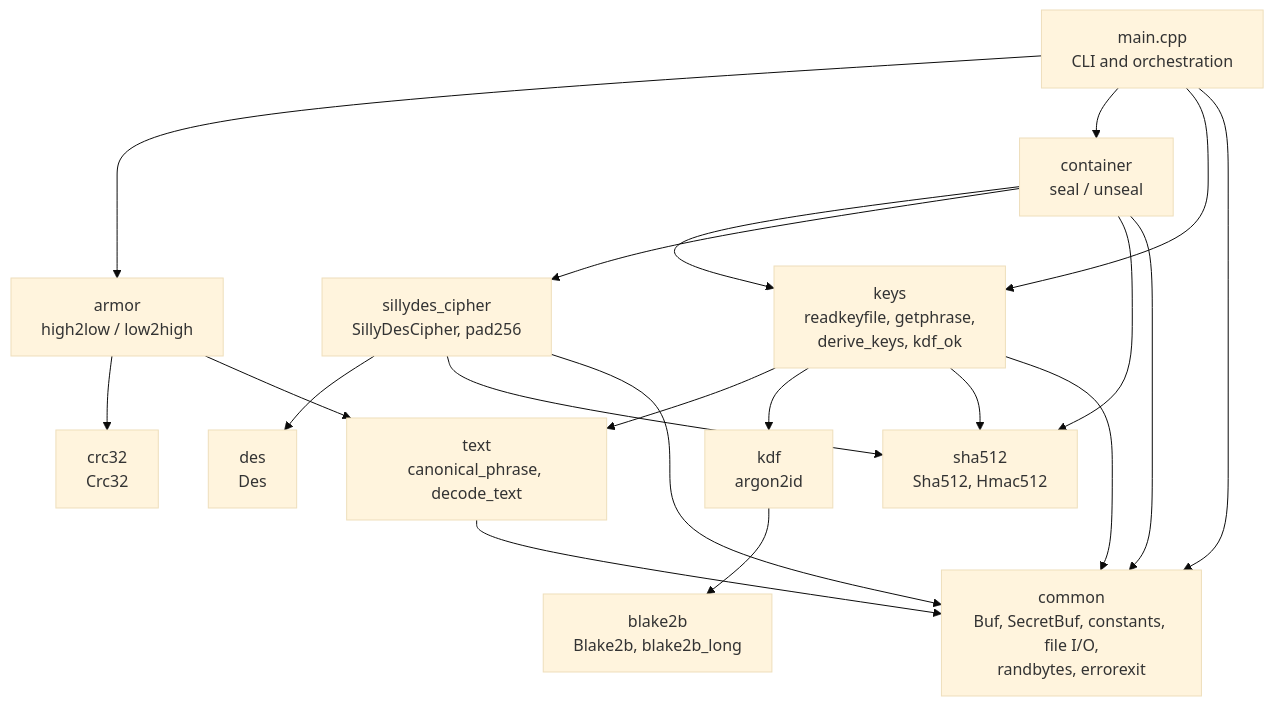
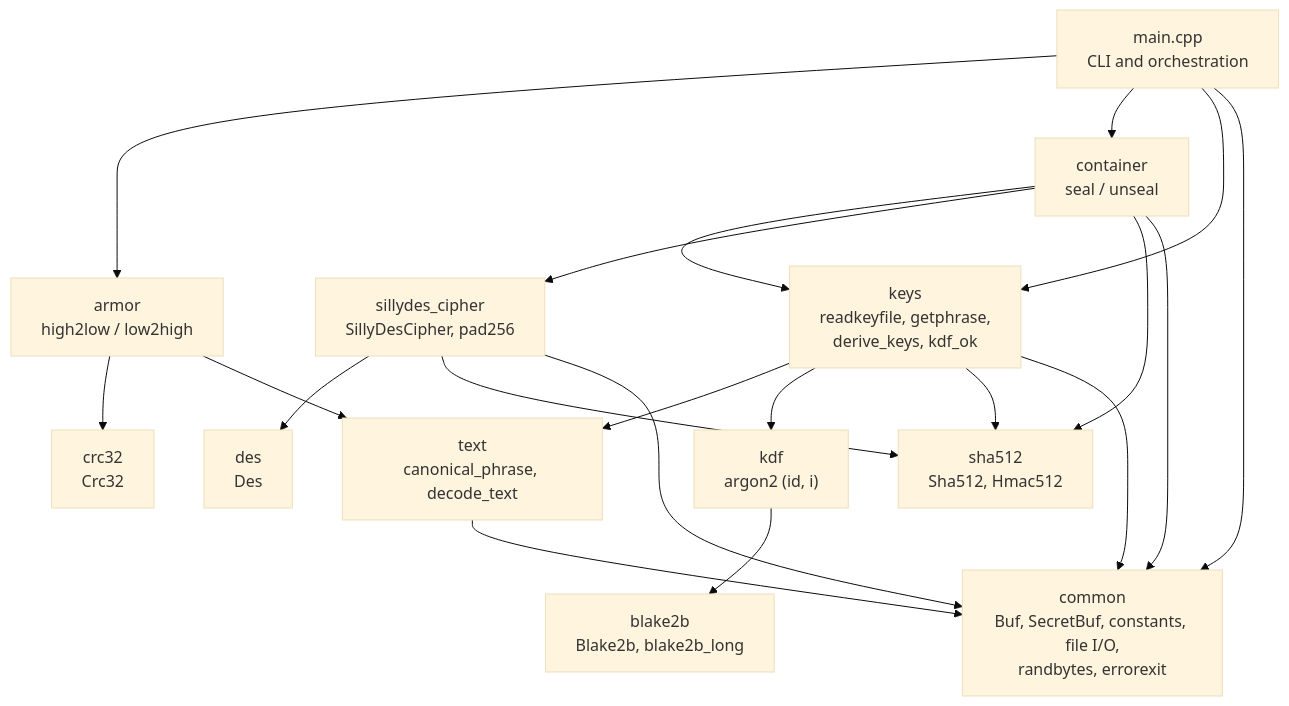
One commit to avw1ein/sillydes changed the first of 10 diagrams in STRUCTURE.md. Above: the diagram before and after it, drawn with Mermaid (base theme). The commit also changed other lines of this file and 21 other files, not shown here.

````diff
--- a/STRUCTURE.md
+++ b/STRUCTURE.md
@@ -56,35 +56,35 @@
 ```mermaid
 flowchart TD
     main["main.cpp<br/>CLI and orchestration"]
     armor["armor<br/>high2low / low2high"]
     crc["crc32<br/>Crc32"]
     container["container<br/>seal / unseal"]
     keys["keys<br/>readkeyfile, getphrase,<br/>derive_keys, kdf_ok"]
     cipher["sillydes_cipher<br/>SillyDesCipher, pad256"]
     des["des<br/>Des"]
-    kdf["kdf<br/>argon2id"]
+    kdf["kdf<br/>argon2 (id, i)"]
     blake2b["blake2b<br/>Blake2b, blake2b_long"]
     sha512["sha512<br/>Sha512, Hmac512"]
     text["text<br/>canonical_phrase, decode_text"]
     common["common<br/>Buf, SecretBuf, constants, file I/O,<br/>randbytes, errorexit"]
 
     main --> armor
     main --> container
     main --> keys
     main --> common
     armor --> crc
     armor --> text
     keys --> text
     container --> keys
     container --> cipher
     container --> sha512
     keys --> kdf
     keys --> sha512
     cipher --> des
     cipher --> sha512
     kdf --> blake2b
     container --> common
     cipher --> common
     keys --> common
     text --> common
 ```
````
